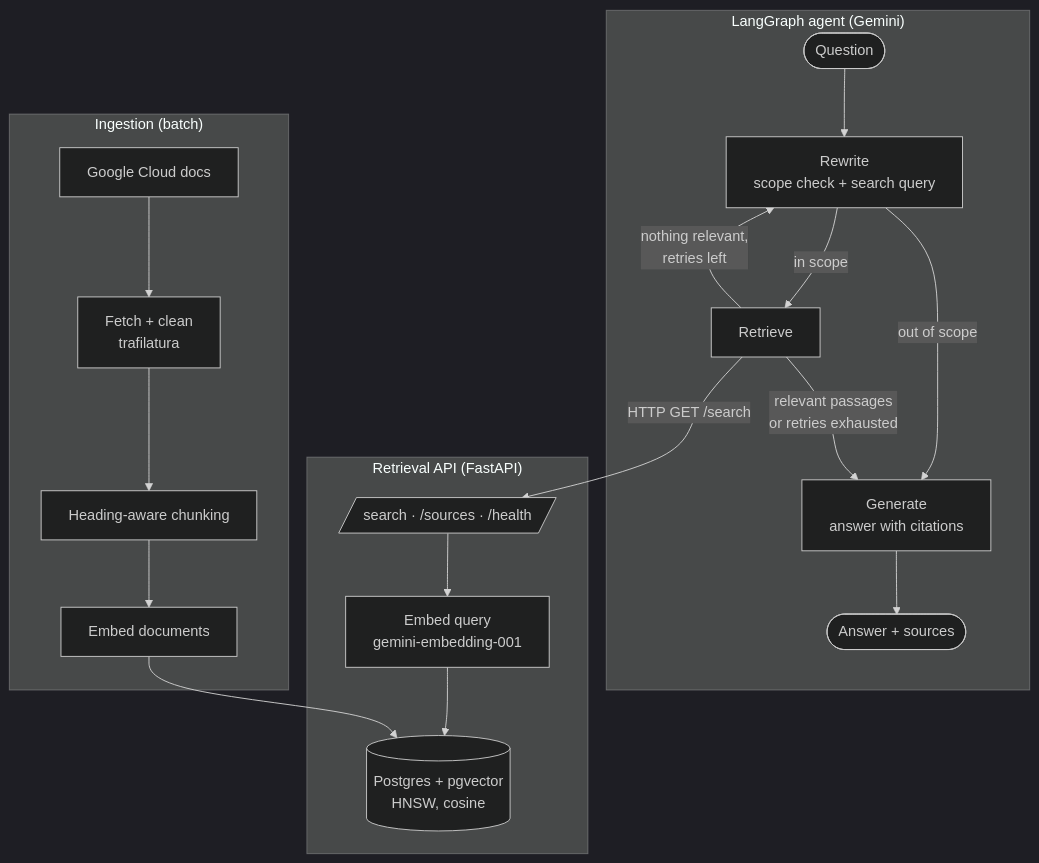
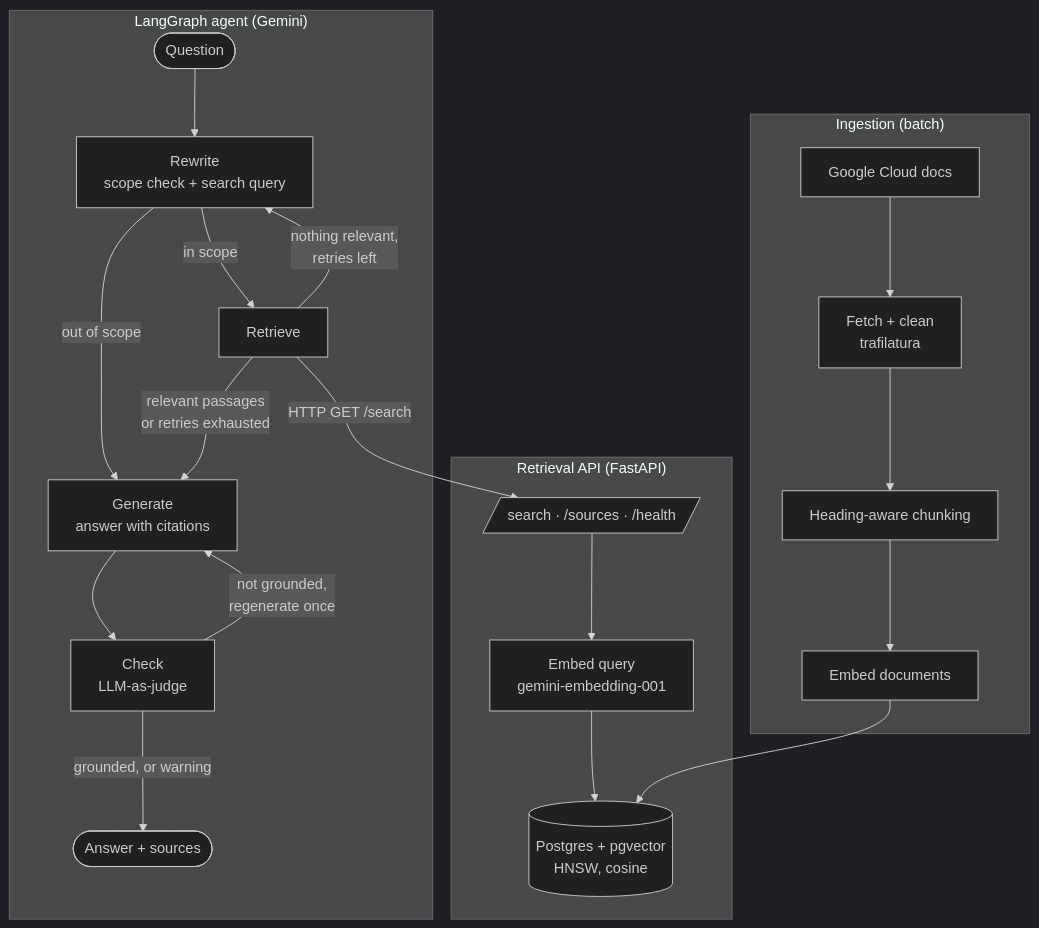
Before and after one commit to sibinblessen/agentic-knowledge-assistant: the diagram in README.md, drawn with Mermaid (dark theme). The commit also changed other lines of this file and 7 other files, not shown here.

First line of the commit message:
Add grounding check (LLM-as-judge) with regenerate-once loop

````diff
--- a/README.md
+++ b/README.md
@@ -33,23 +33,25 @@
 ```mermaid
 flowchart TD
     subgraph Agent["LangGraph agent (Gemini)"]
         Q([Question]) --> RW[Rewrite<br/>scope check + search query]
         RW -->|out of scope| GEN
         RW -->|in scope| RET[Retrieve]
         RET -->|nothing relevant,<br/>retries left| RW
         RET -->|relevant passages<br/>or retries exhausted| GEN[Generate<br/>answer with citations]
-        GEN --> A([Answer + sources])
+        GEN --> CHK[Check<br/>LLM-as-judge]
+        CHK -->|not grounded,<br/>regenerate once| GEN
+        CHK -->|grounded, or warning| A([Answer + sources])
     end
 
     RET -- "HTTP GET /search" --> API
 
     subgraph Retrieval["Retrieval API (FastAPI)"]
         API[/search · /sources · /health/] --> EMBQ[Embed query<br/>gemini-embedding-001]
         EMBQ --> DB[(Postgres + pgvector<br/>HNSW, cosine)]
     end
 
     subgraph Ingestion["Ingestion (batch)"]
         DOCS[Google Cloud docs] --> FETCH[Fetch + clean<br/>trafilatura] --> CHUNK[Heading-aware chunking]
         CHUNK --> EMBD[Embed documents] --> DB
     end
 ```
````
